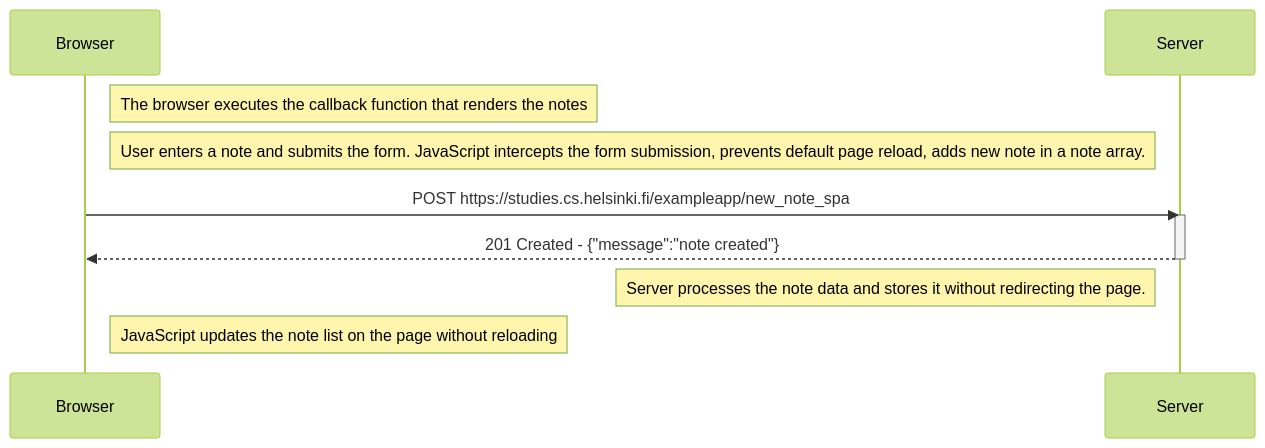
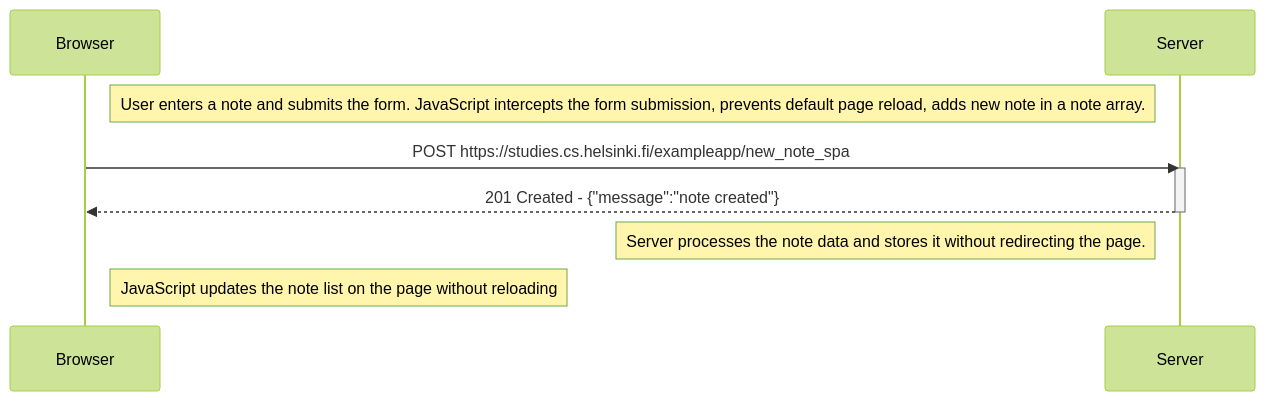
The diagram in Part 0/0_6_Exercise.md (obywan-afk/FullStackCourse), drawn with Mermaid (forest theme) before and after one commit. The commit also changed 14 other files, not shown here.

````diff
--- a/Part 0/0_6_Exercise.md
+++ b/Part 0/0_6_Exercise.md
@@ -1,18 +1,16 @@
 ```mermaid
 sequenceDiagram
     participant browser as Browser
     participant server as Server
-
-    Note right of browser: The browser executes the callback function that renders the notes
 
     Note right of browser: User enters a note and submits the form. JavaScript intercepts the form submission, prevents default page reload, adds new note in a note array.
     
     browser->>server: POST https://studies.cs.helsinki.fi/exampleapp/new_note_spa
     activate server
     server-->>browser: 201 Created - {"message":"note created"}
     deactivate server
     Note left of server: Server processes the note data and stores it without redirecting the page.
 
     Note right of browser: JavaScript updates the note list on the page without reloading
 
 ```
````
